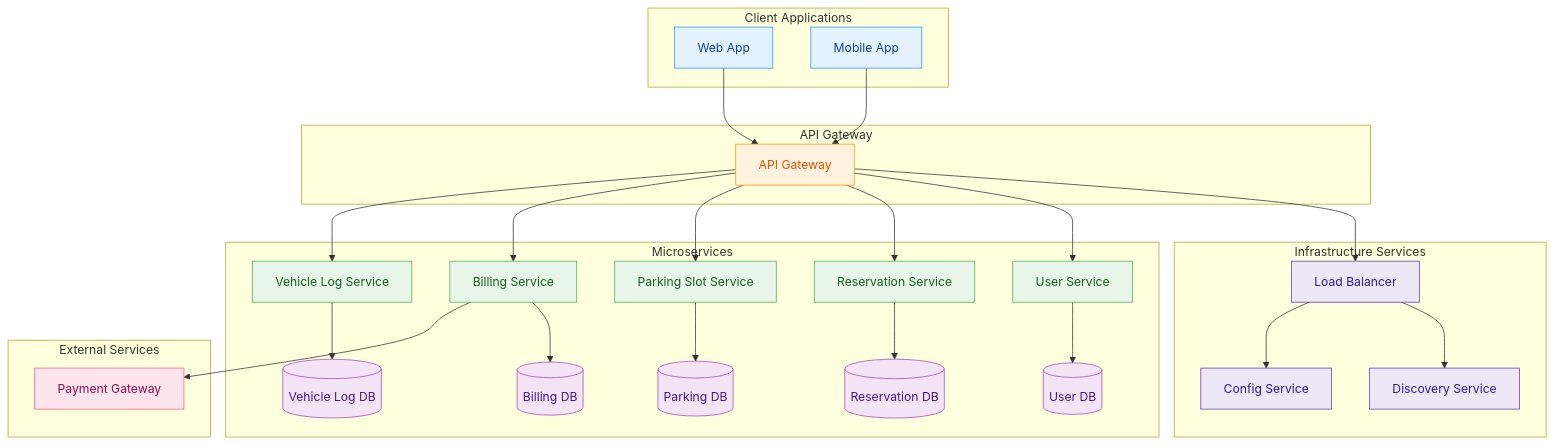
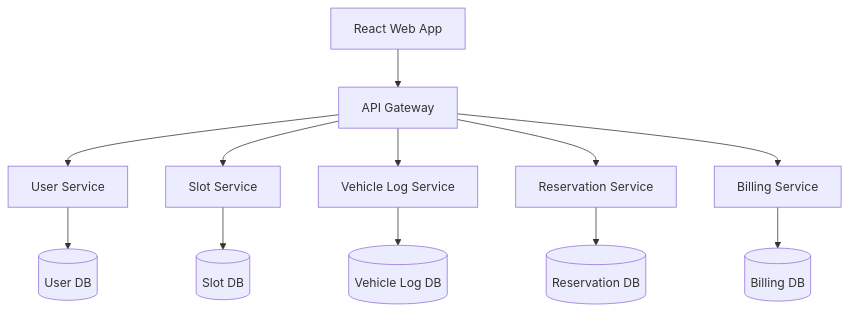
One commit to Harshitha05-2003/Vehicle-Parking-Management-System changed the diagram in README.md. Above: the diagram before and after it, drawn with Mermaid. The commit also changed other lines of this file, not shown here.

````diff
--- a/README.md
+++ b/README.md
@@ -39,58 +38,16 @@
 ```mermaid
 flowchart TD
 
-    subgraph Client [Client Applications]
-        A[Web App]
-        B[Mobile App]
-    end
+    A[React Web App] --> B[API Gateway]
+    B --> C[User Service]
+    B --> D[Slot Service]
+    B --> E[Vehicle Log Service]
+    B --> F[Reservation Service]
+    B --> G[Billing Service]
 
-    subgraph Gateway [API Gateway]
-        C[API Gateway]
-    end
-
-    subgraph Infra [Infrastructure Services]
-        D[Load Balancer]
-        E[Discovery Service]
-        F[Config Service]
-    end
-
-    subgraph Services [Microservices]
-        G[User Service] --> GDB[(User DB)]
-        H[Reservation Service] --> HDB[(Reservation DB)]
-        I[Parking Slot Service] --> IDB[(Parking DB)]
-        J[Billing Service] --> JDB[(Billing DB)]
-        K[Vehicle Log Service] --> KDB[(Vehicle Log DB)]
-    end
-
-    subgraph External [External Services]
-        M[Payment Gateway]
-    end
-
-    %% Connections
-    A --> C
-    B --> C
-    C --> D
-    D --> E
-    D --> F
-    C --> G
-    C --> H
-    C --> I
-    C --> J
-    C --> K
-    J --> M
-
-    %% Styling
-    classDef client fill:#e3f2fd,stroke:#2196f3,color:#0d47a1
-    classDef gateway fill:#fff3e0,stroke:#ff9800,color:#e65100
-    classDef infra fill:#ede7f6,stroke:#673ab7,color:#311b92
-    classDef service fill:#e8f5e9,stroke:#4caf50,color:#1b5e20
-    classDef external fill:#fce4ec,stroke:#f06292,color:#880e4f
-    classDef db fill:#f3e5f5,stroke:#ab47bc,color:#4a148c
-
-    class A,B client
-    class C gateway
-    class D,E,F infra
-    class G,H,I,J,K service
-    class M external
-    class GDB,HDB,IDB,JDB,KDB db
+    C --> CDB[(User DB)]
+    D --> DDB[(Slot DB)]
+    E --> EDB[(Vehicle Log DB)]
+    F --> FDB[(Reservation DB)]
+    G --> GDB[(Billing DB)]
 ```
````
